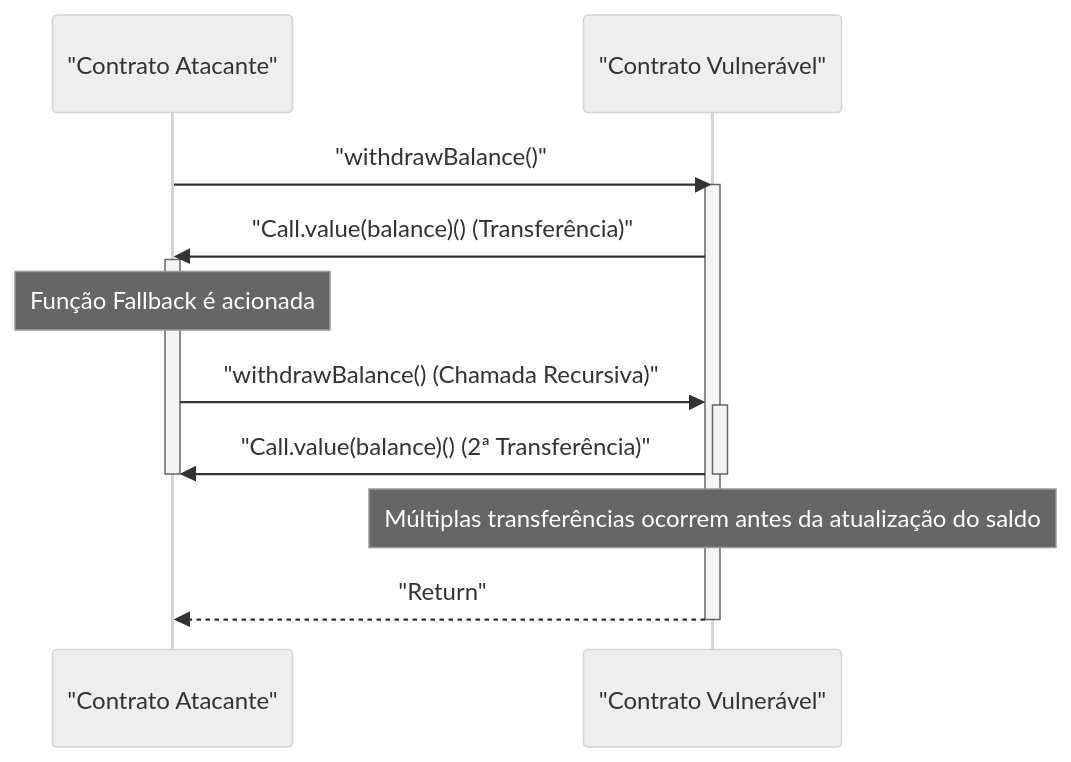
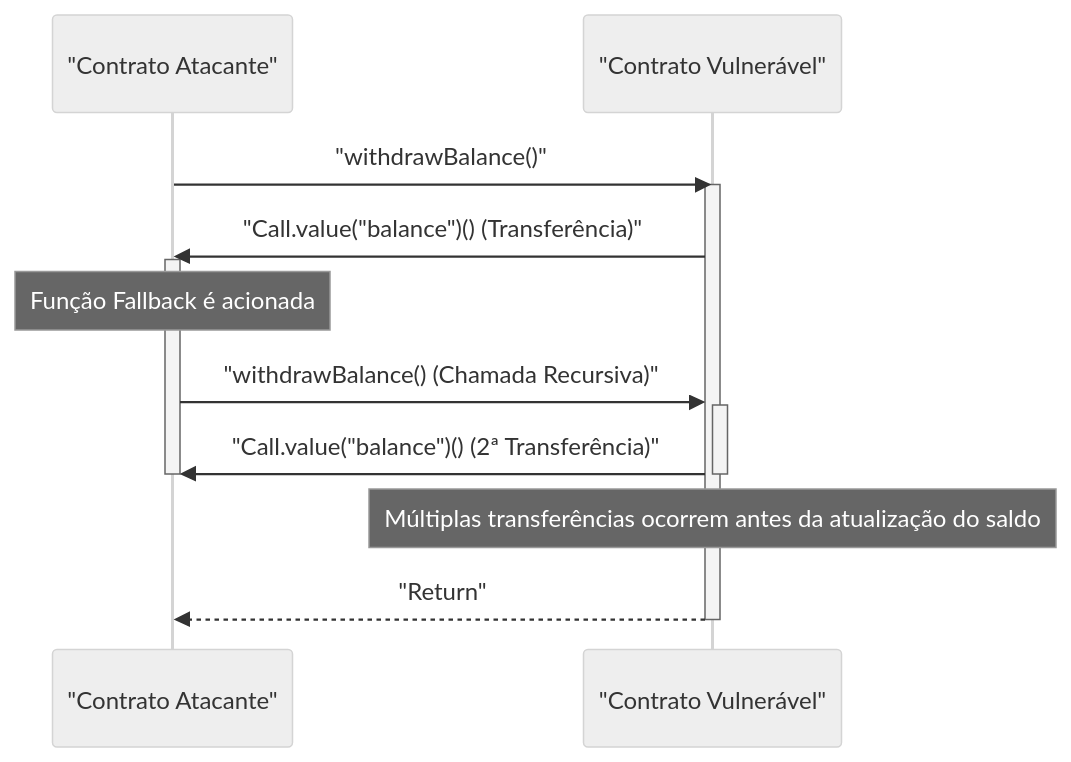
One commit to kenjinote/blog changed the second of 2 diagrams in content/post/blockchain-technology-smart-contract-distributed-ledger/index.pt.md. Above: the diagram before and after it, drawn with Mermaid (neutral theme). The commit also changed 929 other files, not shown here.

Commit message:
fix: Add double quotes to all Mermaid node texts to resolve syntax errors

````diff
--- a/content/post/blockchain-technology-smart-contract-distributed-ledger/index.pt.md
+++ b/content/post/blockchain-technology-smart-contract-distributed-ledger/index.pt.md
@@ -185,19 +185,19 @@
 ```mermaid
 sequenceDiagram
     participant A as "Contrato Atacante"
     participant V as "Contrato Vulnerável"
 
     A->>V: "withdrawBalance()"
     activate V
-    V->>A: "Call.value(balance)() (Transferência)"
+    V->>A: "Call.value("balance")() (Transferência)"
     activate A
     Note over A: Função Fallback é acionada
     A->>V: "withdrawBalance() (Chamada Recursiva)"
     activate V
-    V->>A: "Call.value(balance)() (2ª Transferência)"
+    V->>A: "Call.value("balance")() (2ª Transferência)"
     deactivate V
     deactivate A
     Note over V: Múltiplas transferências ocorrem antes da atualização do saldo
     V-->>A: "Return"
     deactivate V
 ```
````
